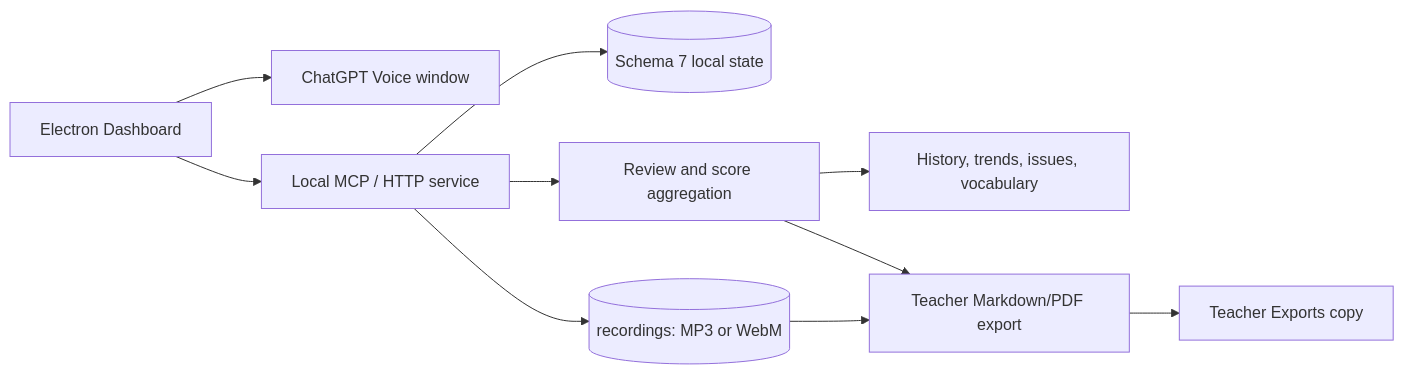
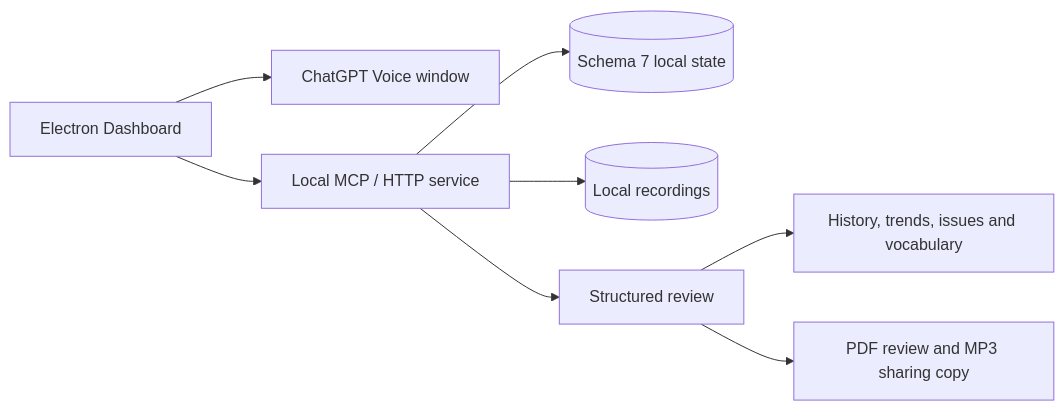
Before and after one commit to User-Wan/ielts-speaking-coach: the second of 2 diagrams in README.md, drawn with Mermaid. The commit also changed other lines of this file and 9 other files, not shown here.

````diff
--- a/README.md
+++ b/README.md
@@ -77,12 +117,10 @@
 ```mermaid
 flowchart LR
     A[Electron Dashboard] --> B[ChatGPT Voice window]
     A --> C[Local MCP / HTTP service]
     C --> D[(Schema 7 local state)]
-    C --> E[(recordings: MP3 or WebM)]
-    C --> F[Review and score aggregation]
-    F --> G[History, trends, issues, vocabulary]
-    F --> H[Teacher Markdown/PDF export]
-    E --> H
-    H --> I[Teacher Exports copy]
+    C --> E[(Local recordings)]
+    C --> F[Structured review]
+    F --> G[History, trends, issues and vocabulary]
+    F --> H[PDF review and MP3 sharing copy]
 ```
````
